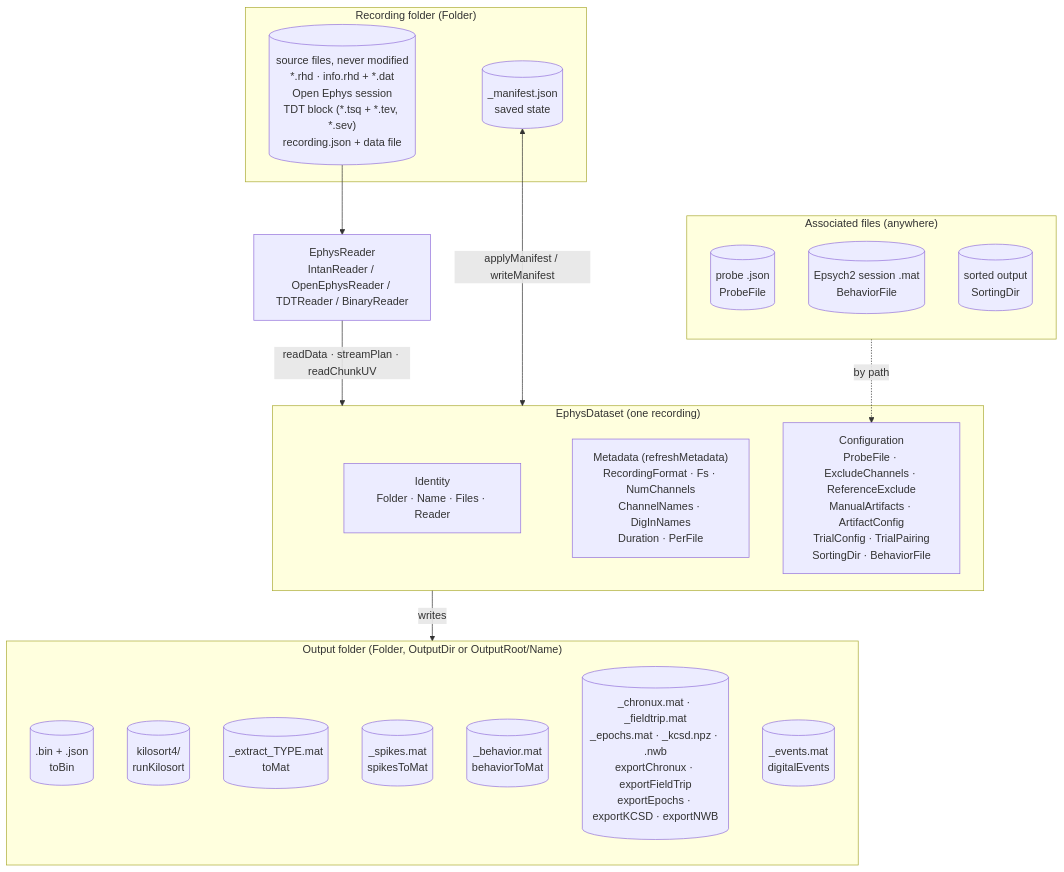
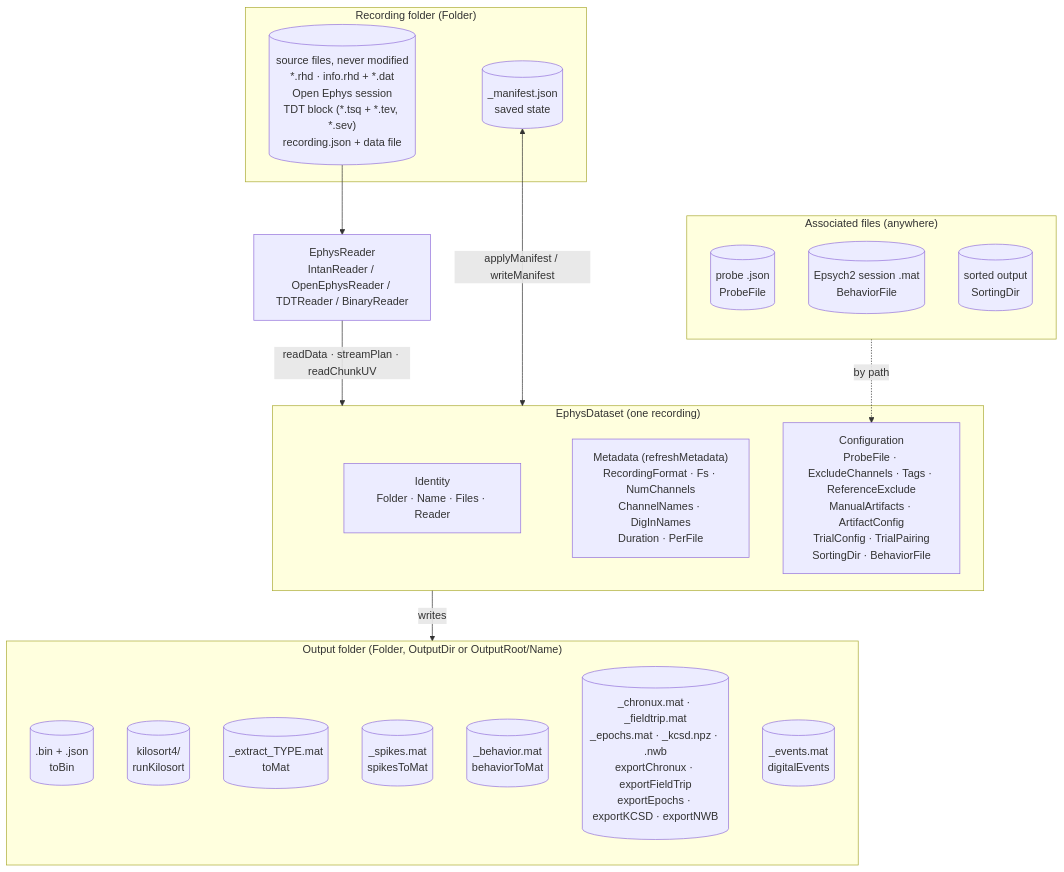
The diagram in documentation/EphysDataset.md (dstolz/ephys_analysis), drawn with Mermaid before and after one commit. The commit also changed other lines of this file and 22 other files, not shown here.

````diff
--- a/documentation/EphysDataset.md
+++ b/documentation/EphysDataset.md
@@ -50,39 +50,39 @@
 ```mermaid
 flowchart TB
     subgraph REC["Recording folder (Folder)"]
         RAW[("source files, never modified<br/>*.rhd · info.rhd + *.dat<br/>Open Ephys session<br/>TDT block (*.tsq + *.tev, *.sev)<br/>recording.json + data file")]
         MAN[("_manifest.json<br/>saved state")]
     end
 
     subgraph ASSOC["Associated files (anywhere)"]
         direction TB
         PRB[("probe .json<br/>ProbeFile")]
         SES[("Epsych2 session .mat<br/>BehaviorFile")]
         PHY[("sorted output<br/>SortingDir")]
     end
 
     RD["EphysReader<br/>IntanReader / OpenEphysReader / TDTReader / BinaryReader"]
 
     subgraph DS["EphysDataset (one recording)"]
         ID["Identity<br/>Folder · Name · Files · Reader"]
         META["Metadata (refreshMetadata)<br/>RecordingFormat · Fs · NumChannels<br/>ChannelNames · DigInNames<br/>Duration · PerFile"]
-        CONF["Configuration<br/>ProbeFile · ExcludeChannels · ReferenceExclude<br/>ManualArtifacts · ArtifactConfig<br/>TrialConfig · TrialPairing<br/>SortingDir · BehaviorFile"]
+        CONF["Configuration<br/>ProbeFile · ExcludeChannels · Tags · ReferenceExclude<br/>ManualArtifacts · ArtifactConfig<br/>TrialConfig · TrialPairing<br/>SortingDir · BehaviorFile"]
     end
 
     subgraph OUT["Output folder (Folder, OutputDir or OutputRoot/Name)"]
         direction TB
         BIN[(".bin + .json<br/>toBin")]
         KS[("kilosort4/<br/>runKilosort")]
         EXT[("_extract_TYPE.mat<br/>toMat")]
         SPK[("_spikes.mat<br/>spikesToMat")]
         BEHM[("_behavior.mat<br/>behaviorToMat")]
         EXP[("_chronux.mat · _fieldtrip.mat<br/>_epochs.mat · _kcsd.npz · .nwb<br/>exportChronux · exportFieldTrip<br/>exportEpochs · exportKCSD · exportNWB")]
         EVC[("_events.mat<br/>digitalEvents")]
     end
 
     RAW --> RD
     RD -- "readData · streamPlan · readChunkUV" --> DS
     MAN <-->|"applyManifest / writeManifest"| DS
     ASSOC -. by path .-> CONF
     DS -- writes --> OUT
 ```
````
